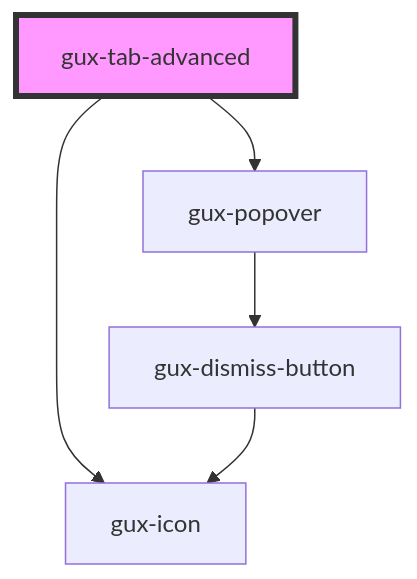
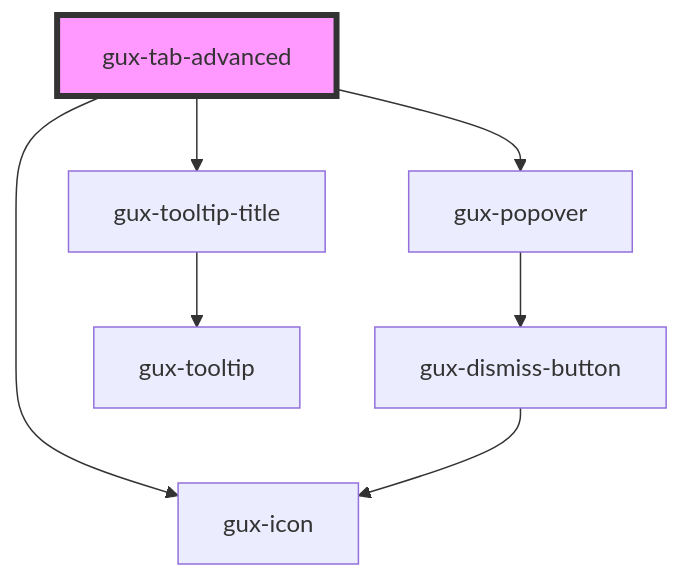
The diagram in src/components/stable/gux-tabs-advanced/gux-tab-advanced/readme.md (MyPureCloud/genesys-spark), drawn with Mermaid before and after one commit. The commit also changed other lines of this file and 5 other files, not shown here.

Commit message:
feat(gux-tabs-advanced): added tooltip when tab title overflows

````diff
--- a/src/components/stable/gux-tabs-advanced/gux-tab-advanced/readme.md
+++ b/src/components/stable/gux-tabs-advanced/gux-tab-advanced/readme.md
@@ -65,8 +66,10 @@
 ```mermaid
 graph TD;
   gux-tab-advanced --> gux-icon
   gux-tab-advanced --> gux-popover
+  gux-tab-advanced --> gux-tooltip-title
   gux-popover --> gux-dismiss-button
   gux-dismiss-button --> gux-icon
+  gux-tooltip-title --> gux-tooltip
   style gux-tab-advanced fill:#f9f,stroke:#333,stroke-width:4px
 ```
````
